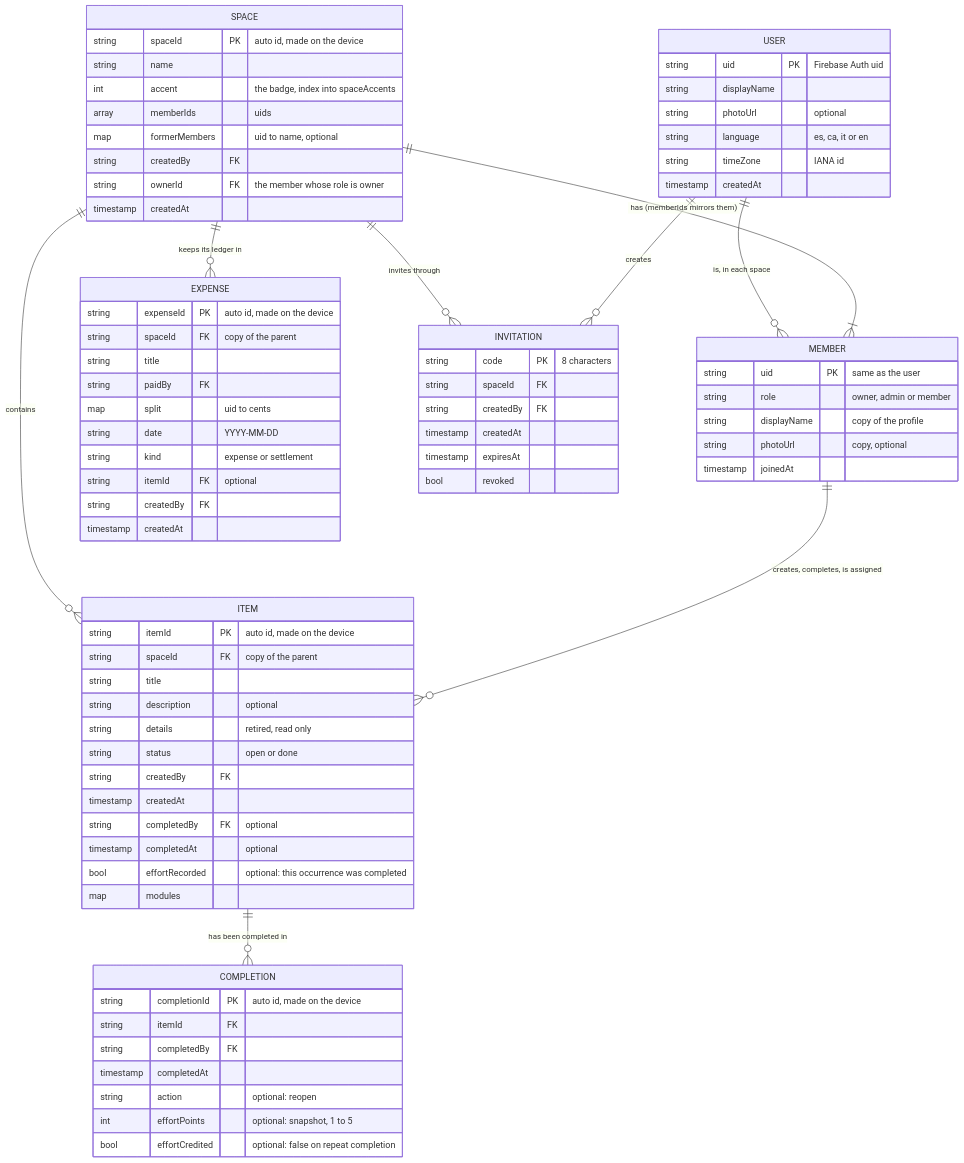
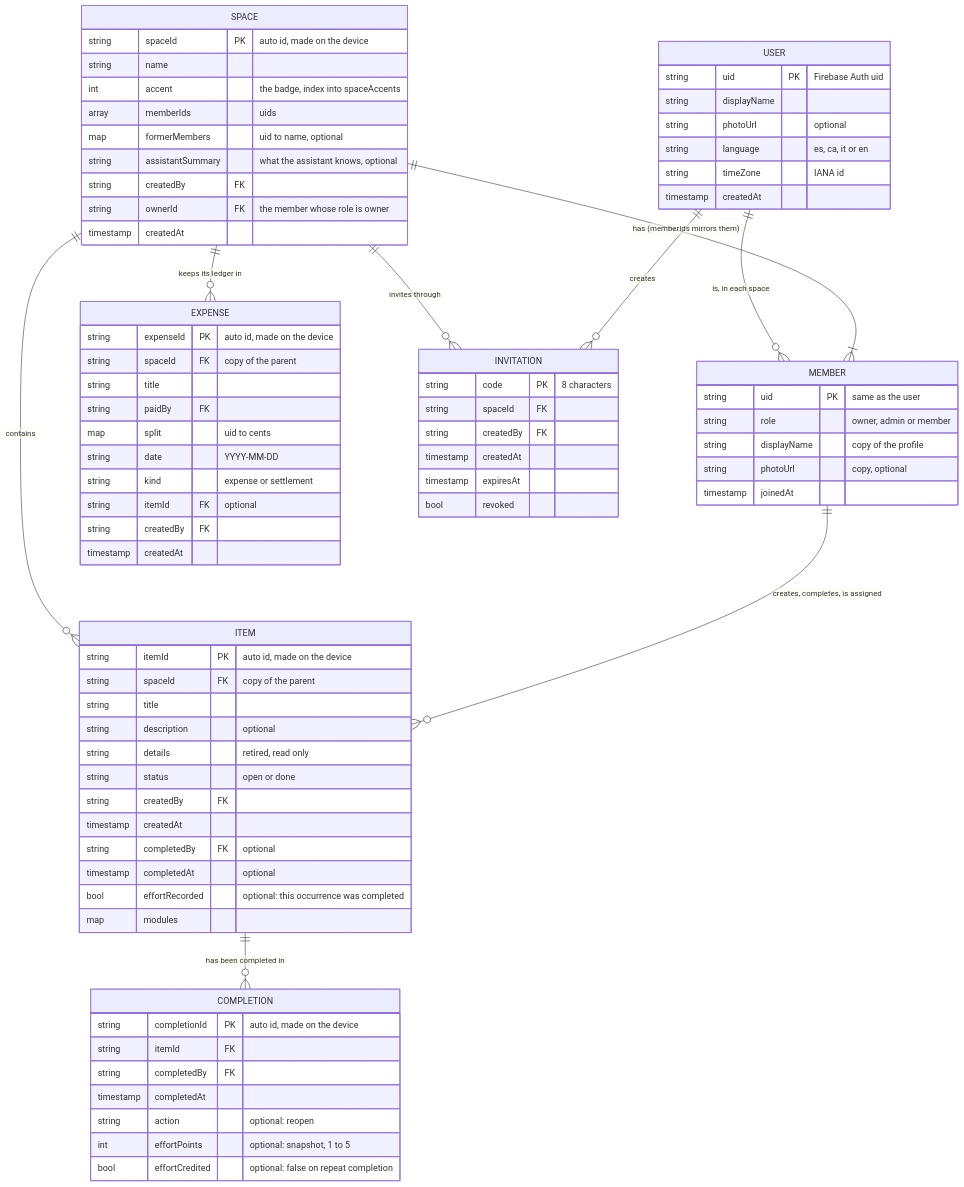
One commit to Erkko68/orbit changed the diagram in docs/data/firestore-schema.md. Above: the diagram before and after it, drawn with Mermaid. The commit also changed other lines of this file and 46 other files, not shown here.

First line of the commit message:
feat(assistant): add interview controls and ask what to organise (#320)

````diff
--- a/docs/data/firestore-schema.md
+++ b/docs/data/firestore-schema.md
@@ -7,80 +7,81 @@
 ```mermaid
 erDiagram
     USER ||--o{ MEMBER : "is, in each space"
     SPACE ||--|{ MEMBER : "has (memberIds mirrors them)"
     SPACE ||--o{ ITEM : contains
     SPACE ||--o{ EXPENSE : "keeps its ledger in"
     ITEM ||--o{ COMPLETION : "has been completed in"
     SPACE ||--o{ INVITATION : "invites through"
     USER ||--o{ INVITATION : creates
     MEMBER ||--o{ ITEM : "creates, completes, is assigned"
 
     USER {
         string uid PK "Firebase Auth uid"
         string displayName
         string photoUrl "optional"
         string language "es, ca, it or en"
         string timeZone "IANA id"
         timestamp createdAt
     }
     SPACE {
         string spaceId PK "auto id, made on the device"
         string name
         int accent "the badge, index into spaceAccents"
         array memberIds "uids"
         map formerMembers "uid to name, optional"
+        string assistantSummary "what the assistant knows, optional"
         string createdBy FK
         string ownerId FK "the member whose role is owner"
         timestamp createdAt
     }
     MEMBER {
         string uid PK "same as the user"
         string role "owner, admin or member"
         string displayName "copy of the profile"
         string photoUrl "copy, optional"
         timestamp joinedAt
     }
     ITEM {
         string itemId PK "auto id, made on the device"
         string spaceId FK "copy of the parent"
         string title
         string description "optional"
         string details "retired, read only"
         string status "open or done"
         string createdBy FK
         timestamp createdAt
         string completedBy FK "optional"
         timestamp completedAt "optional"
         bool effortRecorded "optional: this occurrence was completed"
         map modules
     }
     COMPLETION {
         string completionId PK "auto id, made on the device"
         string itemId FK
         string completedBy FK
         timestamp completedAt
         string action "optional: reopen"
         int effortPoints "optional: snapshot, 1 to 5"
         bool effortCredited "optional: false on repeat completion"
     }
     EXPENSE {
         string expenseId PK "auto id, made on the device"
         string spaceId FK "copy of the parent"
         string title
         string paidBy FK
         map split "uid to cents"
         string date "YYYY-MM-DD"
         string kind "expense or settlement"
         string itemId FK "optional"
         string createdBy FK
         timestamp createdAt
     }
     INVITATION {
         string code PK "8 characters"
         string spaceId FK
         string createdBy FK
         timestamp createdAt
         timestamp expiresAt
         bool revoked
     }
 ```
````
